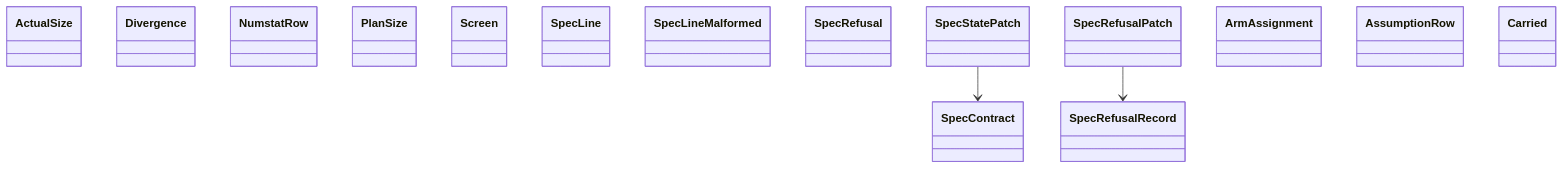
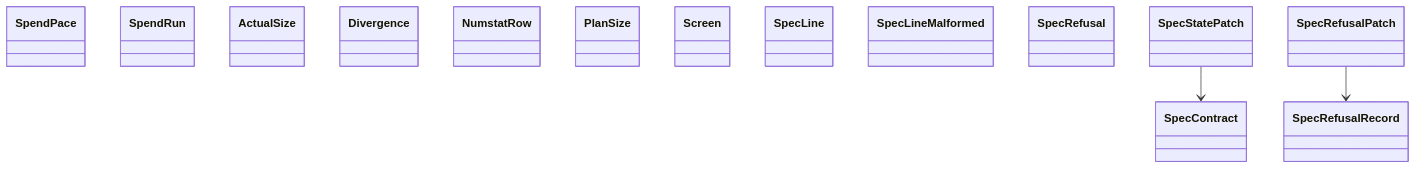
Before and after one commit to GonzaloZevallos/agentic-system: the diagram in docs/architecture/generated/classes-process-domain-state-3.md, drawn with Mermaid. The commit also changed other lines of this file and 27 other files, not shown here.

First line of the commit message:
Regenerate the architecture docs over current master

````diff
--- a/docs/architecture/generated/classes-process-domain-state-3.md
+++ b/docs/architecture/generated/classes-process-domain-state-3.md
@@ -29,20 +30,19 @@
 ```mermaid
 classDiagram
+    class rules__SpendPace["SpendPace"]
+    class rules__SpendRun["SpendRun"]
     class size_budget__ActualSize["ActualSize"]
     class size_budget__Divergence["Divergence"]
     class size_budget__NumstatRow["NumstatRow"]
     class size_budget__PlanSize["PlanSize"]
     class spec_delivery__Screen["Screen"]
     class spec_delivery__SpecContract["SpecContract"]
     class spec_delivery__SpecLine["SpecLine"]
     class spec_delivery__SpecLineMalformed["SpecLineMalformed"]
     class spec_delivery__SpecRefusal["SpecRefusal"]
     class spec_delivery__SpecRefusalRecord["SpecRefusalRecord"]
     class spec_delivery__SpecStatePatch["SpecStatePatch"]
     class spec_route__SpecRefusalPatch["SpecRefusalPatch"]
-    class task__ArmAssignment["ArmAssignment"]
-    class task__AssumptionRow["AssumptionRow"]
-    class task__Carried["Carried"]
     spec_delivery__SpecStatePatch --> spec_delivery__SpecContract
     spec_route__SpecRefusalPatch --> spec_delivery__SpecRefusalRecord
 ```
````
